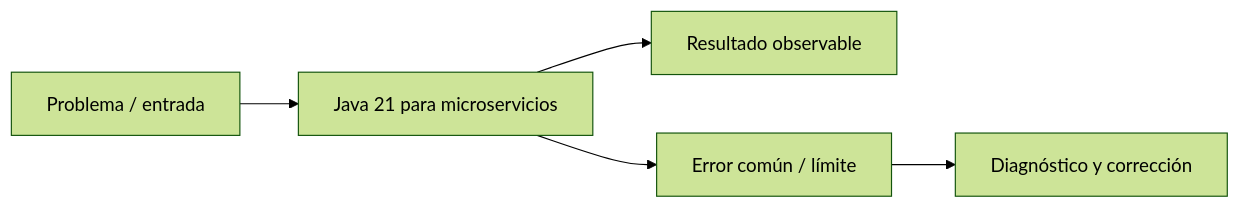
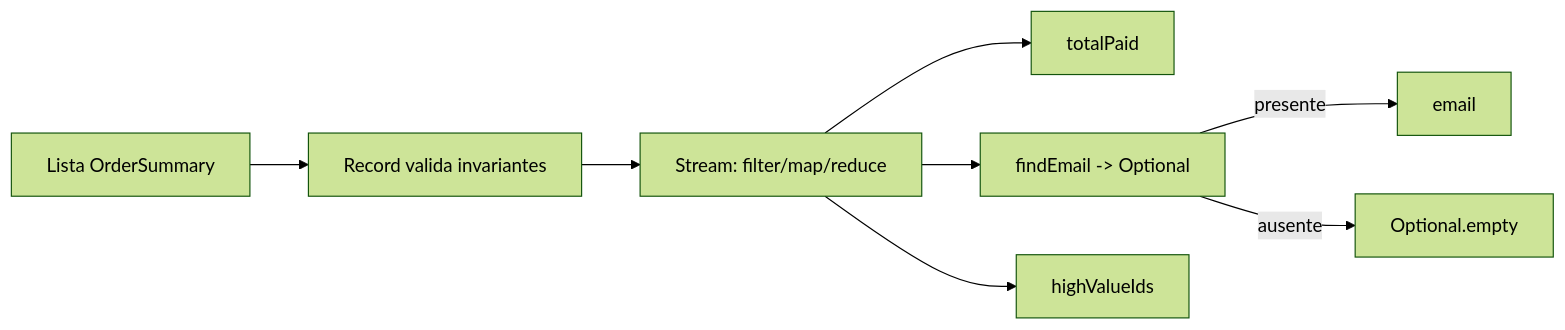
The diagram in docs/cursos/springboot-microservicios-desde-cero/fichas/m01-l01-java-21-para-microservicios.md (NICORUIZ93/The_Imperial_Book), drawn with Mermaid (forest theme) before and after one commit. The commit also changed other lines of this file and 119 other files, not shown here.

````diff
--- a/docs/cursos/springboot-microservicios-desde-cero/fichas/m01-l01-java-21-para-microservicios.md
+++ b/docs/cursos/springboot-microservicios-desde-cero/fichas/m01-l01-java-21-para-microservicios.md
@@ -19,7 +35,10 @@
 ```mermaid
 flowchart LR
-  A[Problema / entrada] --> B[Java 21 para microservicios]
-  B --> C[Resultado observable]
-  B --> D[Error común / límite]
-  D --> E[Diagnóstico y corrección]
+  I[Lista OrderSummary] --> V[Record valida invariantes]
+  V --> S[Stream: filter/map/reduce]
+  S --> T[totalPaid]
+  S --> E[findEmail -> Optional]
+  S --> H[highValueIds]
+  E -->|presente| R1[email]
+  E -->|ausente| R2[Optional.empty]
 ```
````
